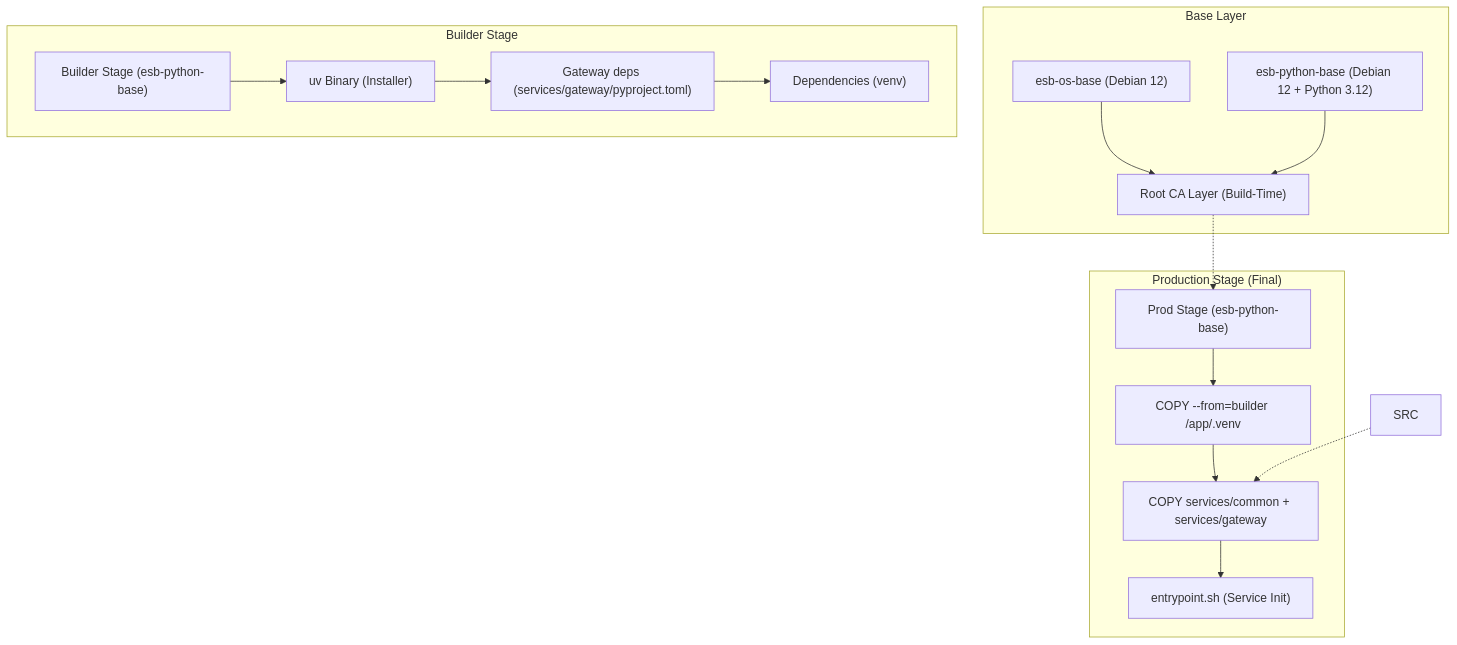
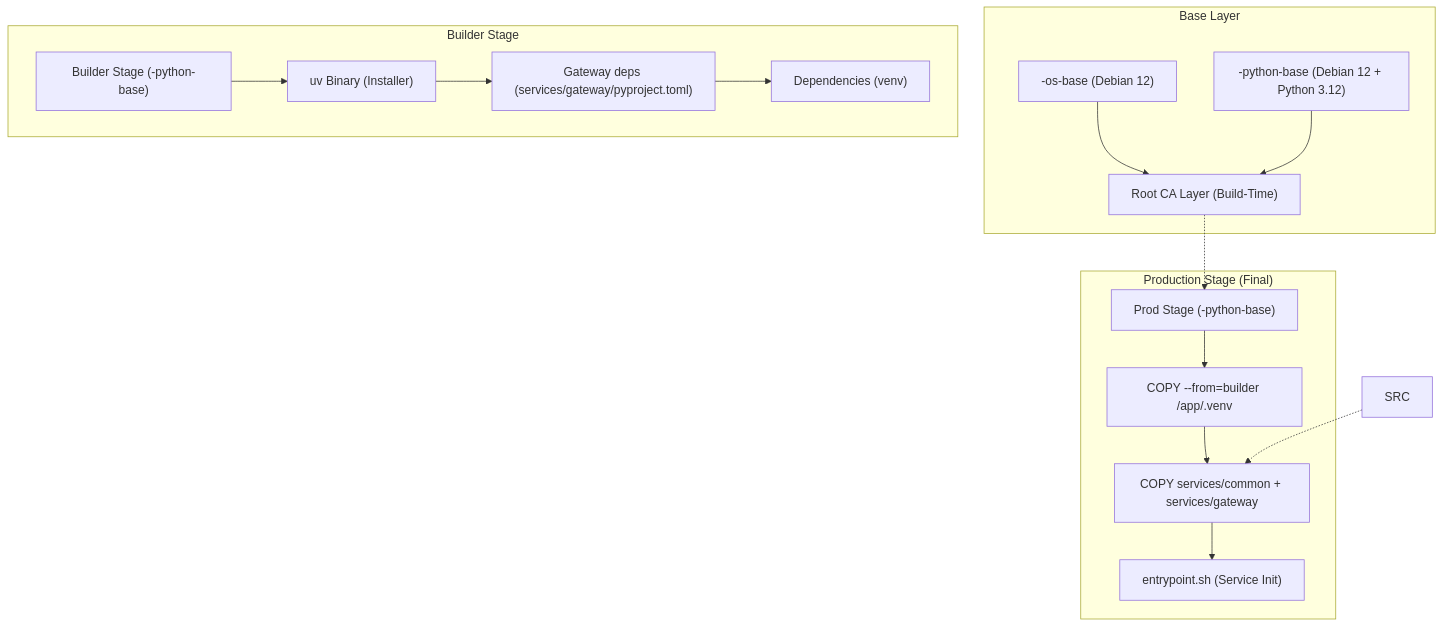
The diagram in docs/docker-architecture.md (poruru-code/esb), drawn with Mermaid before and after one commit. The commit also changed other lines of this file and 71 other files, not shown here.

````diff
--- a/docs/docker-architecture.md
+++ b/docs/docker-architecture.md
@@ -33,35 +33,35 @@
 ```mermaid
 graph TD
     subgraph "Base Layer"
-        OS["esb-os-base (Debian 12)"]
-        PY["esb-python-base (Debian 12 + Python 3.12)"]
+        OS["<brand>-os-base (Debian 12)"]
+        PY["<brand>-python-base (Debian 12 + Python 3.12)"]
         TRUST["Root CA Layer (Build-Time)"]
         OS --> TRUST
         PY --> TRUST
     end
 
     subgraph "Builder Stage"
-        BUILD["Builder Stage (esb-python-base)"]
+        BUILD["Builder Stage (<brand>-python-base)"]
         UV["uv Binary (Installer)"]
         SPEC["Gateway deps (services/gateway/pyproject.toml)"]
         DEPS["Dependencies (venv)"]
         
         BUILD --> UV
         UV --> SPEC
         SPEC --> DEPS
     end
 
     subgraph "Production Stage (Final)"
-        PROD["Prod Stage (esb-python-base)"]
+        PROD["Prod Stage (<brand>-python-base)"]
         COPY_VENV["COPY --from=builder /app/.venv"]
         COPY_APP["COPY services/common + services/gateway"]
         ENTRY["entrypoint.sh (Service Init)"]
         
         PROD --> COPY_VENV
         COPY_VENV --> COPY_APP
         COPY_APP --> ENTRY
     end
 
     TRUST -.-> PROD
     SRC -.-> COPY_APP
 ```
````
